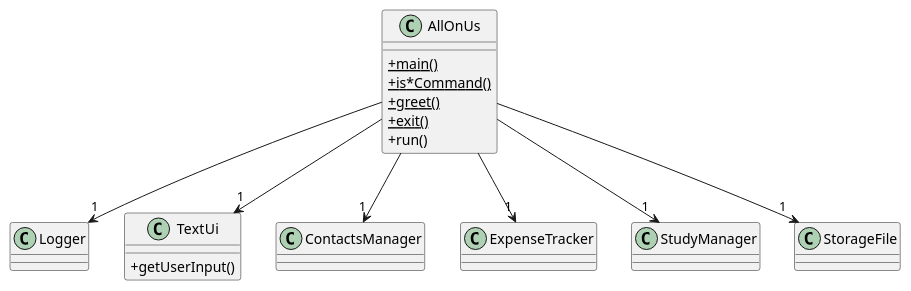
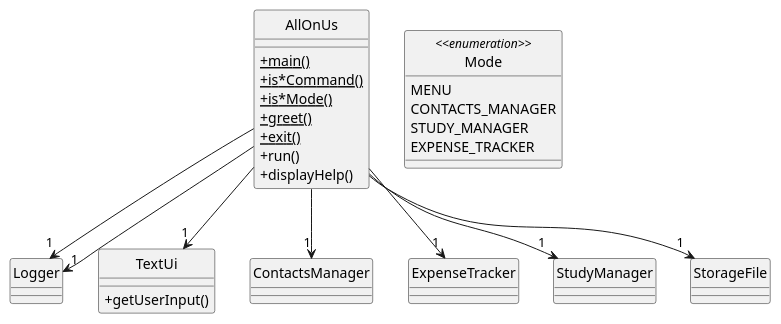
One commit to nus-cs2113-AY2122S2/tp changed the diagram in docs/diagrams/MenuFeaturesClassDiagram.puml. Above: the diagram before and after it, drawn with PlantUML. The commit also changed 11 other files, not shown here.

```diff
--- a/docs/diagrams/MenuFeaturesClassDiagram.puml
+++ b/docs/diagrams/MenuFeaturesClassDiagram.puml
@@ -1,36 +1,47 @@
 @startuml
 'https://plantuml.com/class-diagram
 
 skinparam classAttributeIconSize 0
 skinparam guillemet false
 
+hide circle
 class AllOnUs
 AllOnUs : <u>+main()
 AllOnUs : <u>+is*Command()
+AllOnUs : <u>+is*Mode()
 AllOnUs : <u>+greet()
 AllOnUs : <u>+exit()
 AllOnUs : +run()
+AllOnUs : +displayHelp()
 
 class Logger
 
 class TextUi
 TextUi : +getUserInput()
 
 class ContactsManager
 
 class ExpenseTracker
 
 class StudyManager
 
 class StorageFile
 
+enum Mode <<enumeration>> {
+    MENU
+    CONTACTS_MANAGER
+    STUDY_MANAGER
+    EXPENSE_TRACKER
+}
+
+AllOnUs --> "1" Logger
 AllOnUs --> "1" Logger
 AllOnUs --> "1" StudyManager
 AllOnUs --> "1" ContactsManager
 AllOnUs --> "1" TextUi
 AllOnUs --> "1" ExpenseTracker
 AllOnUs --> "1" StorageFile
 
 
 
 @enduml
```
